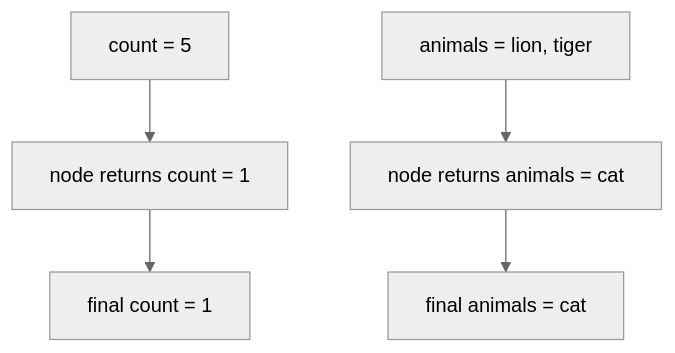
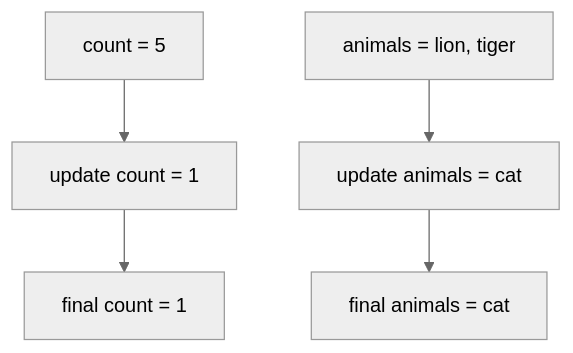
One commit to Walid-Ahmed/langgraph-tutorials changed the third of 5 diagrams in 2-Reducer/README.md. Above: the diagram before and after it, drawn with Mermaid (neutral theme). The commit also changed other lines of this file and 4 other files, not shown here.

````diff
--- a/2-Reducer/README.md
+++ b/2-Reducer/README.md
@@ -61,8 +64,8 @@
 ```mermaid
 flowchart TD
-    A["count = 5"] --> B["node returns count = 1"]
+    A["count = 5"] --> B["update count = 1"]
     B --> C["final count = 1"]
 
-    D["animals = lion, tiger"] --> E["node returns animals = cat"]
+    D["animals = lion, tiger"] --> E["update animals = cat"]
     E --> F["final animals = cat"]
 ```
````
